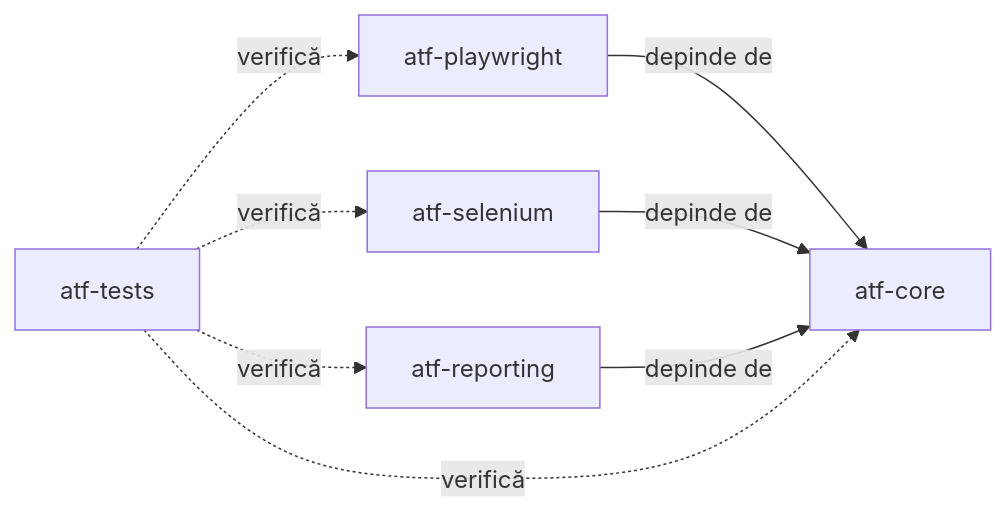
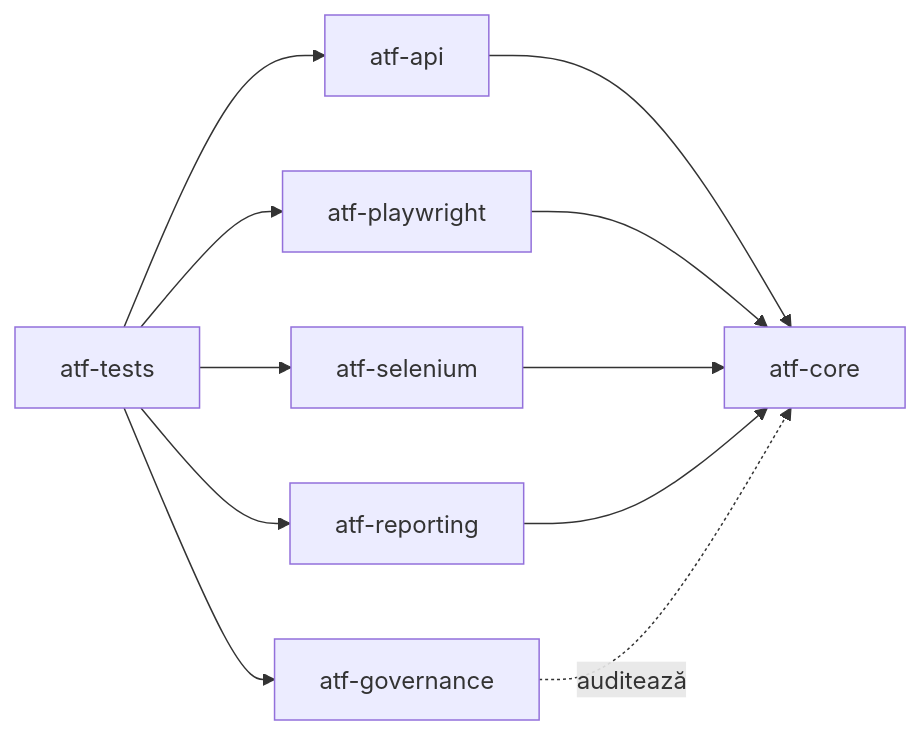
One commit to crististefanita/ATF_AI changed the first of 2 diagrams in docs/Architecture.md. Above: the diagram before and after it, drawn with Mermaid. The commit also changed other lines of this file and 214 other files, not shown here.

Commit message:
Mirror API and governance modules with current Romanian documentation

````diff
--- a/docs/Architecture.md
+++ b/docs/Architecture.md
@@ -12,10 +9,13 @@
 ```mermaid
 flowchart LR
-    PW["atf-playwright"] -->|depinde de| Core["atf-core"]
-    SE["atf-selenium"] -->|depinde de| Core
-    Reports["atf-reporting"] -->|depinde de| Core
-    Tests["atf-tests"] -. verifică .-> Core
-    Tests -. verifică .-> PW
-    Tests -. verifică .-> SE
-    Tests -. verifică .-> Reports
+    API["atf-api"] --> Core["atf-core"]
+    PW["atf-playwright"] --> Core
+    SE["atf-selenium"] --> Core
+    Reporting["atf-reporting"] --> Core
+    Tests["atf-tests"] --> API
+    Tests --> PW
+    Tests --> SE
+    Tests --> Reporting
+    Tests --> Governance["atf-governance"]
+    Governance -. auditează .-> Core
 ```
````
